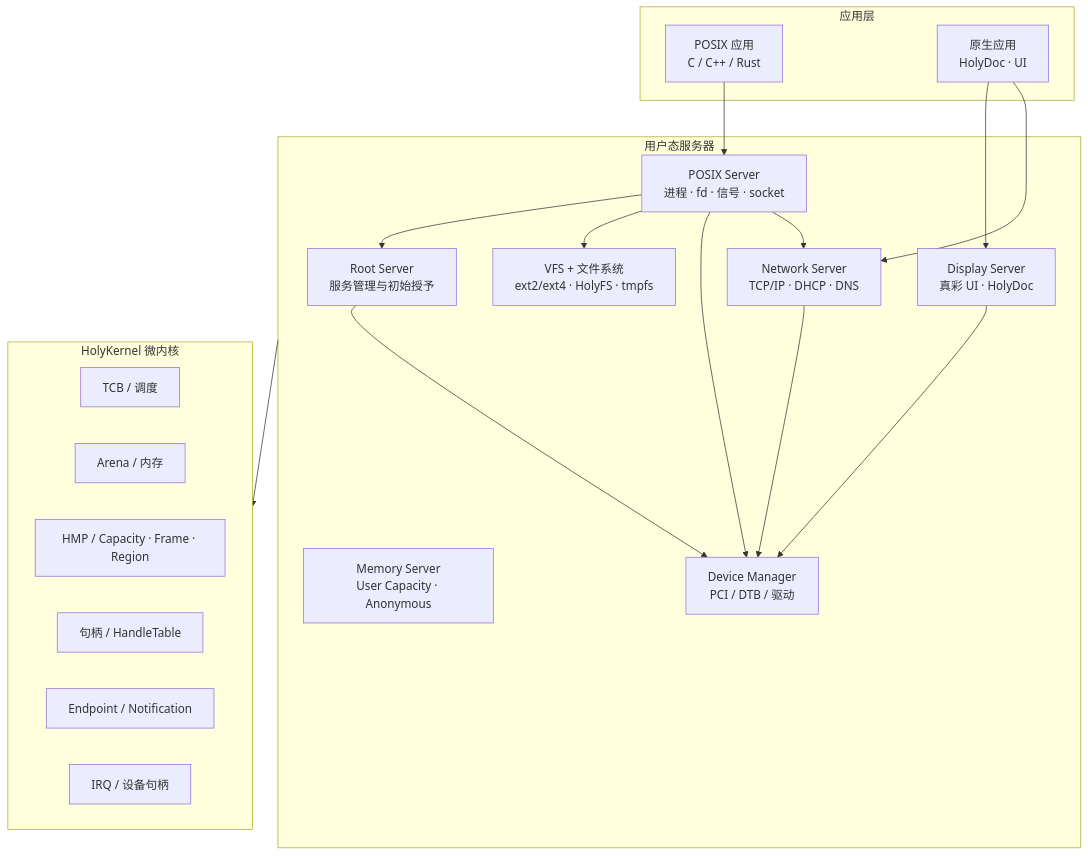
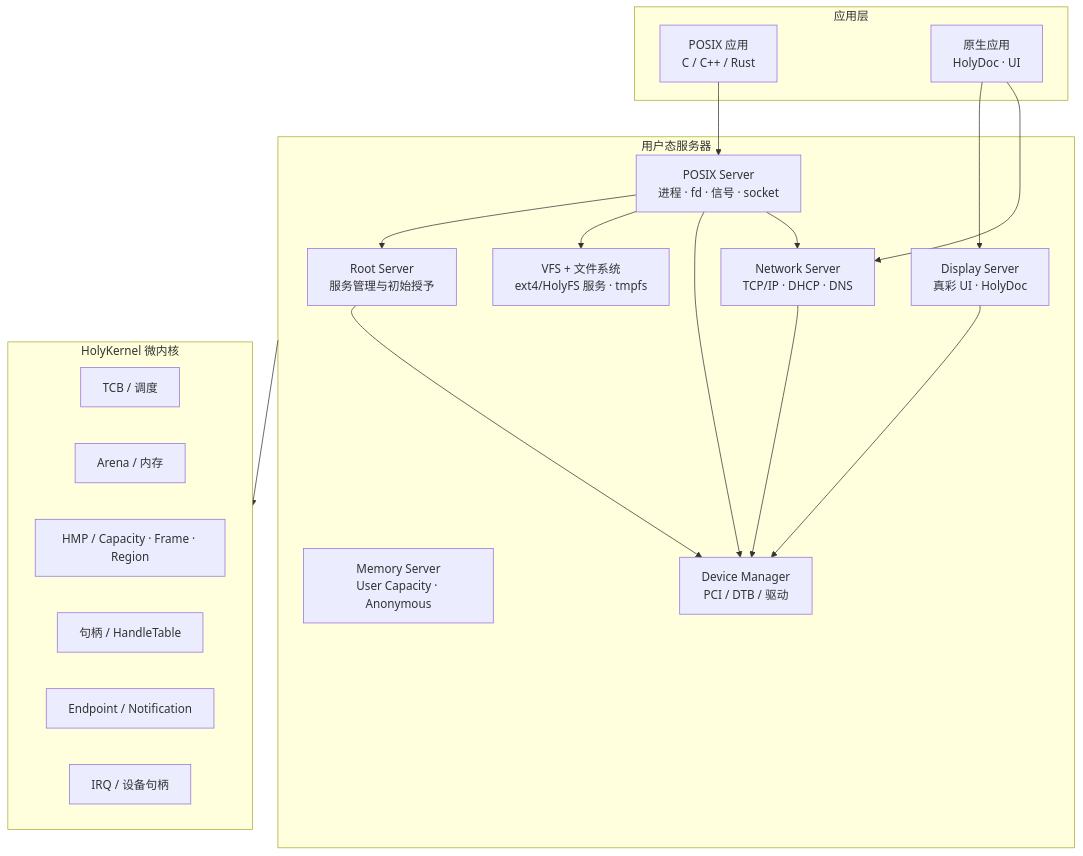
The diagram in README.md (hongweifei/HolyKernel), drawn with Mermaid before and after one commit. The commit also changed other lines of this file and 29 other files, not shown here.

````diff
--- a/README.md
+++ b/README.md
@@ -17,35 +17,35 @@
 ```mermaid
 flowchart TB
     subgraph Apps["应用层"]
         PosixApps["POSIX 应用<br/>C / C++ / Rust"]
         NativeApps["原生应用<br/>HolyDoc · UI"]
     end
     subgraph Servers["用户态服务器"]
         Root["Root Server<br/>服务管理与初始授予"]
         Mem["Memory Server<br/>User Capacity · Anonymous"]
         Device["Device Manager<br/>PCI / DTB / 驱动"]
-        FS["VFS + 文件系统<br/>ext2/ext4 · HolyFS · tmpfs"]
+        FS["VFS + 文件系统<br/>ext4/HolyFS 服务 · tmpfs"]
         POSIX["POSIX Server<br/>进程 · fd · 信号 · socket"]
         Net["Network Server<br/>TCP/IP · DHCP · DNS"]
         Display["Display Server<br/>真彩 UI · HolyDoc"]
     end
     subgraph Kernel["HolyKernel 微内核"]
         TCB["TCB / 调度"]
         Arena["Arena / 内存"]
         HMP["HMP / Capacity · Frame · Region"]
         Handle["句柄 / HandleTable"]
         IPC["Endpoint / Notification"]
         IRQ["IRQ / 设备句柄"]
     end
     PosixApps --> POSIX
     NativeApps --> Display
     POSIX --> Root
     POSIX --> FS
     POSIX --> Device
     POSIX --> Net
     NativeApps --> Net
     Net --> Device
     Display --> Device
     Root --> Device
     Servers --> Kernel
 ```
````
